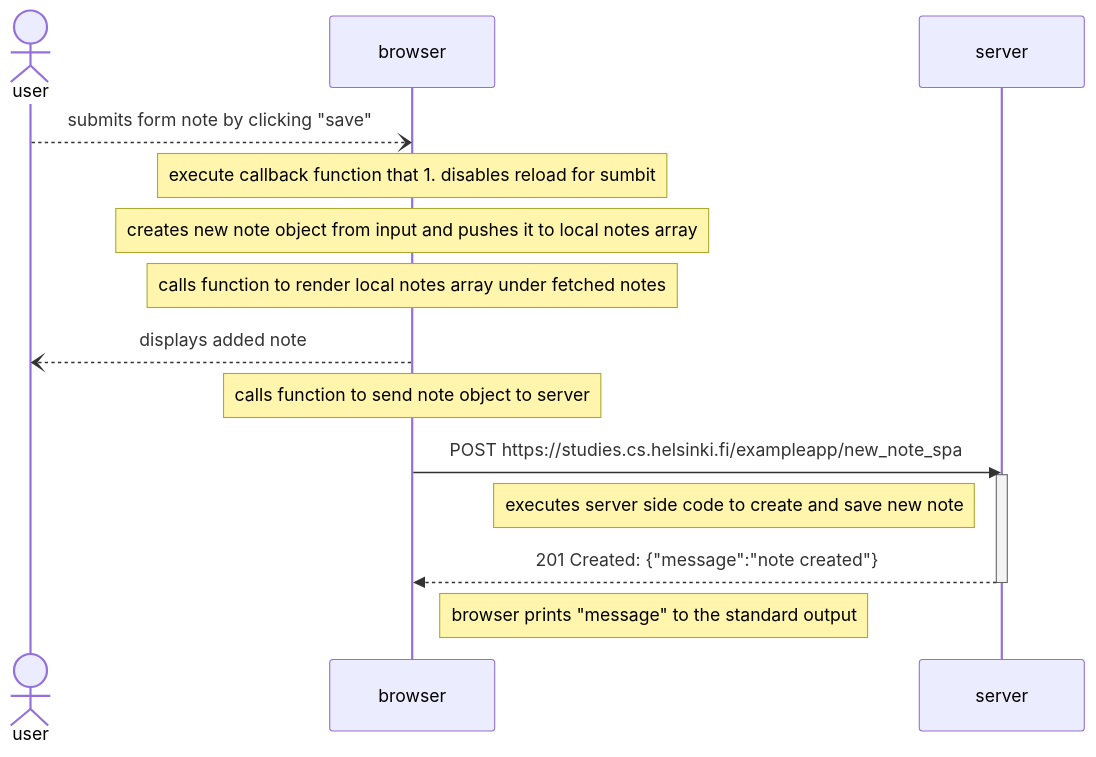
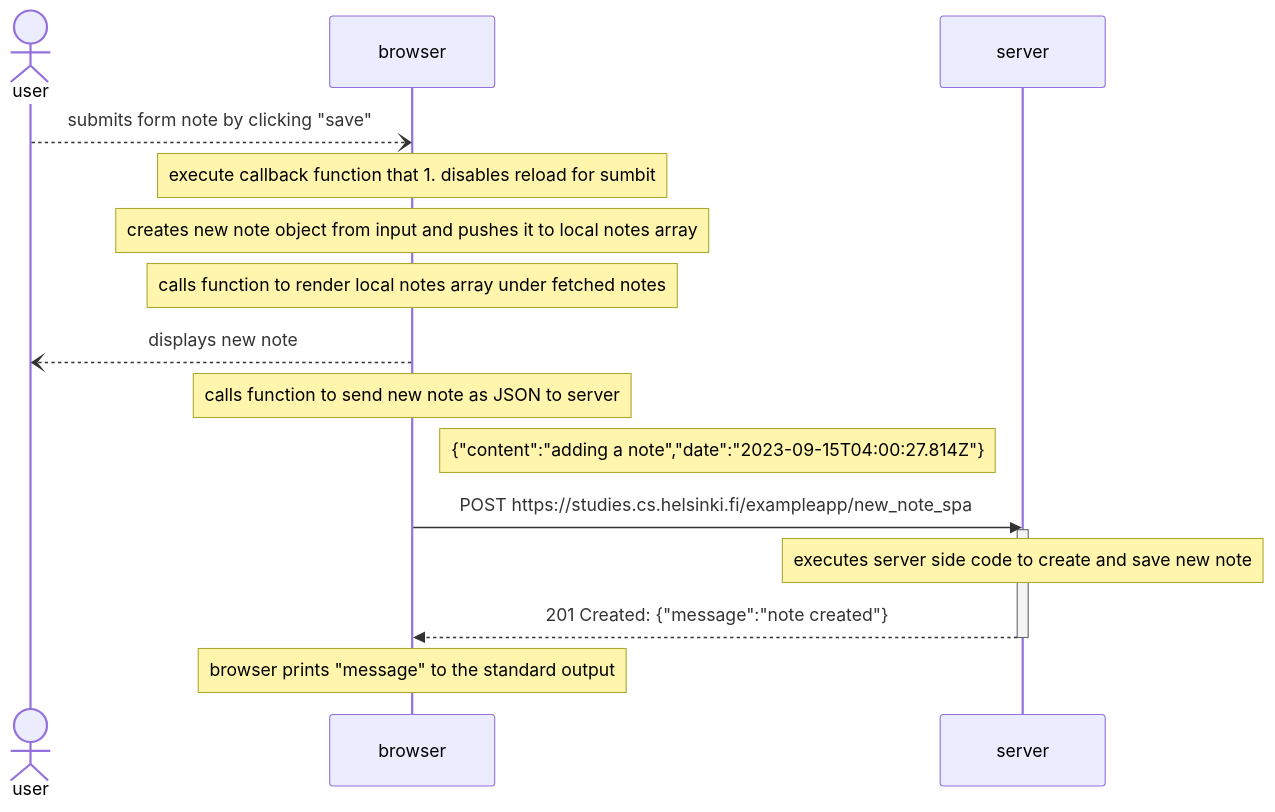
Before and after one commit to Dani-0TB/fullstack-open-submissions: the diagram in part0/0.6-sp-new-note-diagram.md, drawn with Mermaid. The commit also changed 2 other files, not shown here.

Commit message:
starndardized diagram legend

````diff
--- a/part0/0.6-sp-new-note-diagram.md
+++ b/part0/0.6-sp-new-note-diagram.md
@@ -3,22 +3,23 @@
 ```mermaid
 
 sequenceDiagram
   actor user
   participant browser
   participant server
   
   user--)browser: submits form note by clicking "save"
   note over browser: execute callback function that 1. disables reload for sumbit
   note over browser: creates new note object from input and pushes it to local notes array
   note over browser: calls function to render local notes array under fetched notes
-  browser--)user: displays added note
-  note over browser: calls function to send note object to server
+  browser--)user: displays new note
+  note over browser: calls function to send new note as JSON to server
+  note right of browser: {"content":"adding a note","date":"2023-09-15T04:00:27.814Z"}
  
 
   browser->>server: POST https://studies.cs.helsinki.fi/exampleapp/new_note_spa
   activate server
-  note left of server: executes server side code to create and save new note
+  note over server: executes server side code to create and save new note
   server-->>browser: 201 Created: {"message":"note created"}
   deactivate server
-  note right of browser: browser prints "message" to the standard output
+  note over browser: browser prints "message" to the standard output
 ```
````
